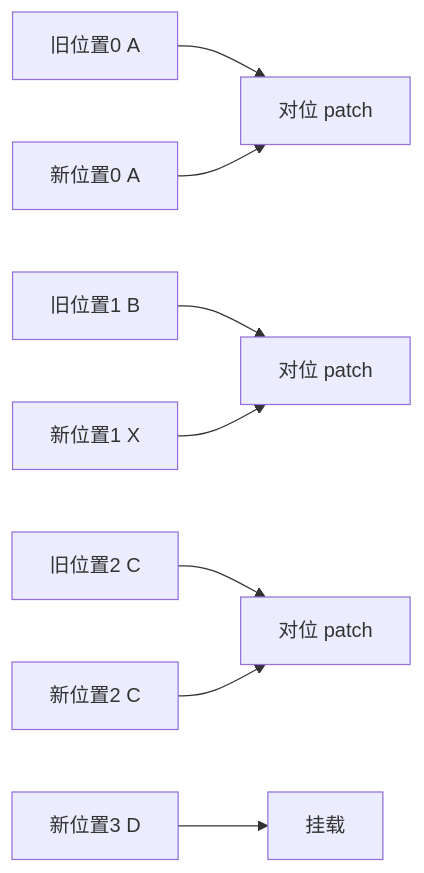
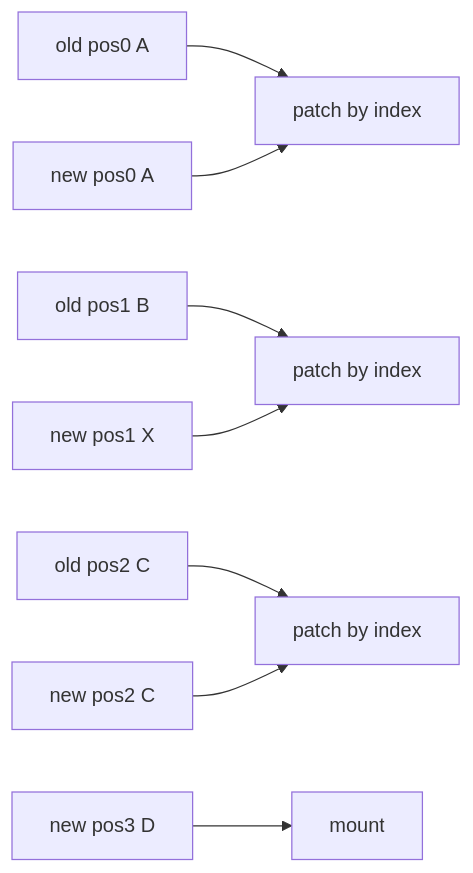
One commit to Tajigaqzh/front_basic changed diagram 15 of 17 in docs/vue/source/runtime-core/diff-algorithm-interview.md. Above: the diagram before and after it, drawn with Mermaid. The commit also changed other lines of this file and 11 other files, not shown here.

````diff
--- a/docs/vue/source/runtime-core/diff-algorithm-interview.md
+++ b/docs/vue/source/runtime-core/diff-algorithm-interview.md
@@ -645,13 +645,13 @@
 ```mermaid
 flowchart LR
-  O1[旧位置0 A] --> P1[对位 patch]
-  N1[新位置0 A] --> P1
+  O1["old pos0 A"] --> P1["patch by index"]
+  N1["new pos0 A"] --> P1
 
-  O2[旧位置1 B] --> P2[对位 patch]
-  N2[新位置1 X] --> P2
+  O2["old pos1 B"] --> P2["patch by index"]
+  N2["new pos1 X"] --> P2
 
-  O3[旧位置2 C] --> P3[对位 patch]
-  N3[新位置2 C] --> P3
+  O3["old pos2 C"] --> P3["patch by index"]
+  N3["new pos2 C"] --> P3
 
-  N4[新位置3 D] --> M4[挂载]
+  N4["new pos3 D"] --> M4["mount"]
 ```
````
